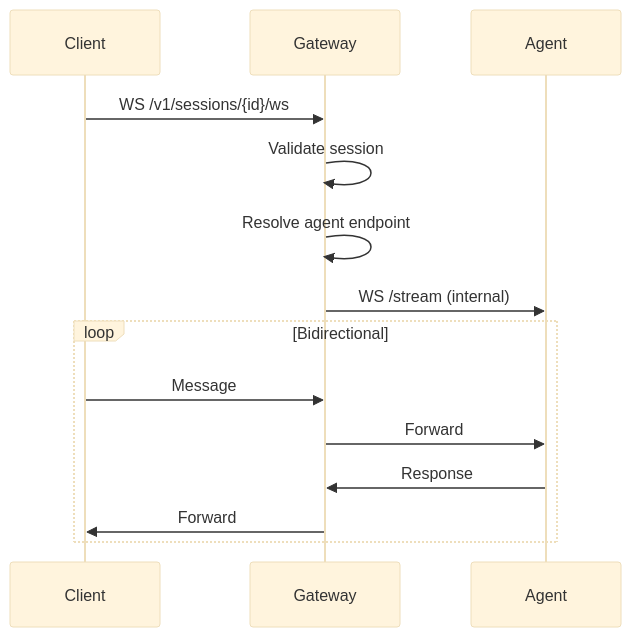
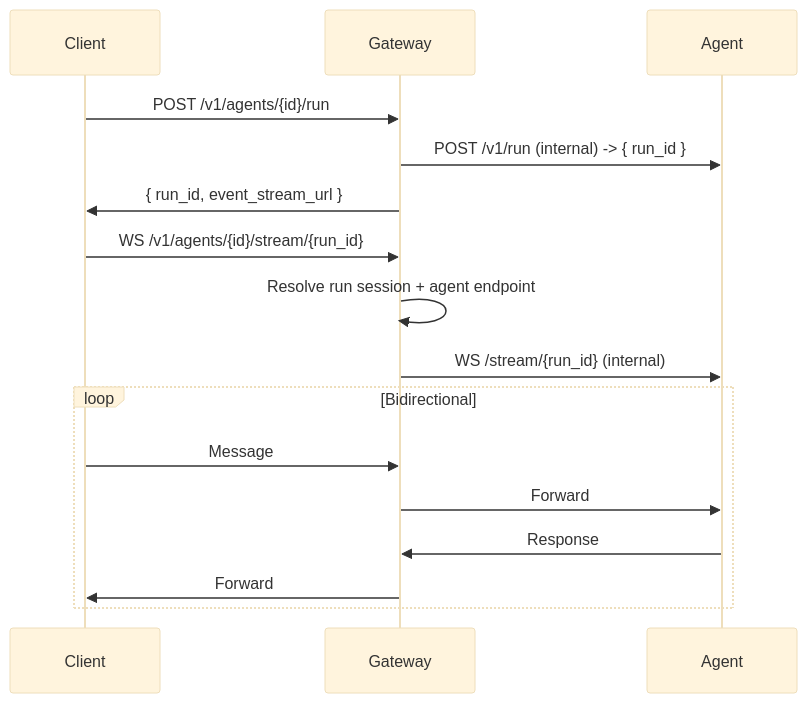
One commit to cypher-asi/aura-swarm changed the third of 3 diagrams in docs/spec/v0.1.0/08-networking.md. Above: the diagram before and after it, drawn with Mermaid (base theme). The commit also changed other lines of this file and 21 other files, not shown here.

````diff
--- a/docs/spec/v0.1.0/08-networking.md
+++ b/docs/spec/v0.1.0/08-networking.md
@@ -402,18 +402,20 @@
 ```mermaid
 sequenceDiagram
     participant Client
     participant Gateway
     participant Agent
     
-    Client->>Gateway: WS /v1/sessions/{id}/ws
-    Gateway->>Gateway: Validate session
-    Gateway->>Gateway: Resolve agent endpoint
-    Gateway->>Agent: WS /stream (internal)
+    Client->>Gateway: POST /v1/agents/{id}/run
+    Gateway->>Agent: POST /v1/run (internal) -> { run_id }
+    Gateway->>Client: { run_id, event_stream_url }
+    Client->>Gateway: WS /v1/agents/{id}/stream/{run_id}
+    Gateway->>Gateway: Resolve run session + agent endpoint
+    Gateway->>Agent: WS /stream/{run_id} (internal)
     
     loop Bidirectional
         Client->>Gateway: Message
         Gateway->>Agent: Forward
         Agent->>Gateway: Response
         Gateway->>Client: Forward
     end
 ```
````
